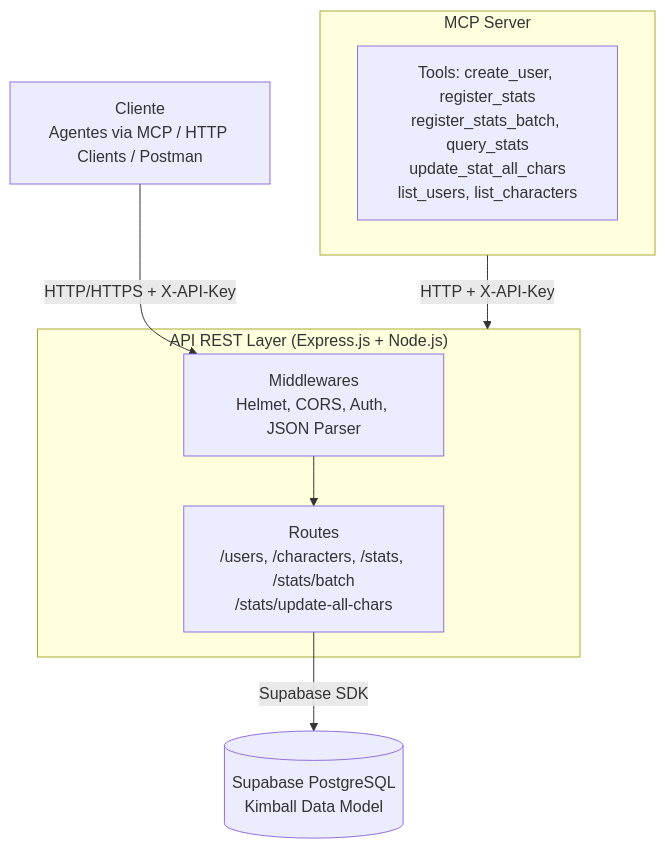
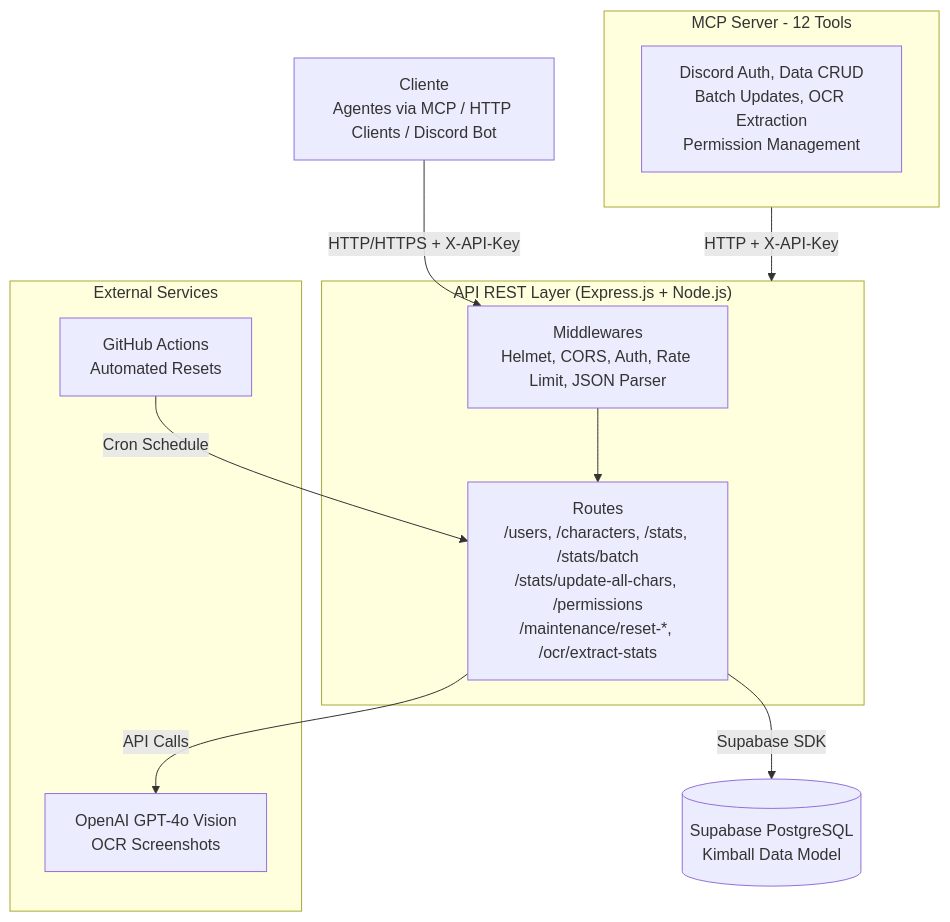
Before and after one commit to g-soldera/gc-management-api: the first of 8 diagrams in ARCHITECTURE.md, drawn with Mermaid. The commit also changed other lines of this file and 1 other file, not shown here.

First line of the commit message:
docs: update README and ARCHITECTURE for v1.2.0

````diff
--- a/ARCHITECTURE.md
+++ b/ARCHITECTURE.md
@@ -9,20 +12,27 @@
 ```mermaid
 graph TB
-    Client[Cliente<br/>Agentes via MCP / HTTP Clients / Postman]
+    Client[Cliente<br/>Agentes via MCP / HTTP Clients / Discord Bot]
     
     subgraph API["API REST Layer (Express.js + Node.js)"]
-        Middleware[Middlewares<br/>Helmet, CORS, Auth, JSON Parser]
-        Routes[Routes<br/>/users, /characters, /stats, /stats/batch<br/>/stats/update-all-chars]
+        Middleware[Middlewares<br/>Helmet, CORS, Auth, Rate Limit, JSON Parser]
+        Routes[Routes<br/>/users, /characters, /stats, /stats/batch<br/>/stats/update-all-chars, /permissions<br/>/maintenance/reset-*, /ocr/extract-stats]
+    end
+    
+    subgraph External[External Services]
+        OpenAI[OpenAI GPT-4o Vision<br/>OCR Screenshots]
+        GitHub[GitHub Actions<br/>Automated Resets]
     end
     
     DB[(Supabase PostgreSQL<br/>Kimball Data Model)]
     
-    subgraph MCP[MCP Server]
-        Tools[Tools: create_user, register_stats<br/>register_stats_batch, query_stats<br/>update_stat_all_chars<br/>list_users, list_characters]
+    subgraph MCP[MCP Server - 12 Tools]
+        Tools[Discord Auth, Data CRUD<br/>Batch Updates, OCR Extraction<br/>Permission Management]
     end
     
     Client -->|HTTP/HTTPS + X-API-Key| Middleware
     Middleware --> Routes
     Routes -->|Supabase SDK| DB
+    Routes -->|API Calls| OpenAI
+    GitHub -->|Cron Schedule| Routes
     MCP -->|HTTP + X-API-Key| API
 ```
````
